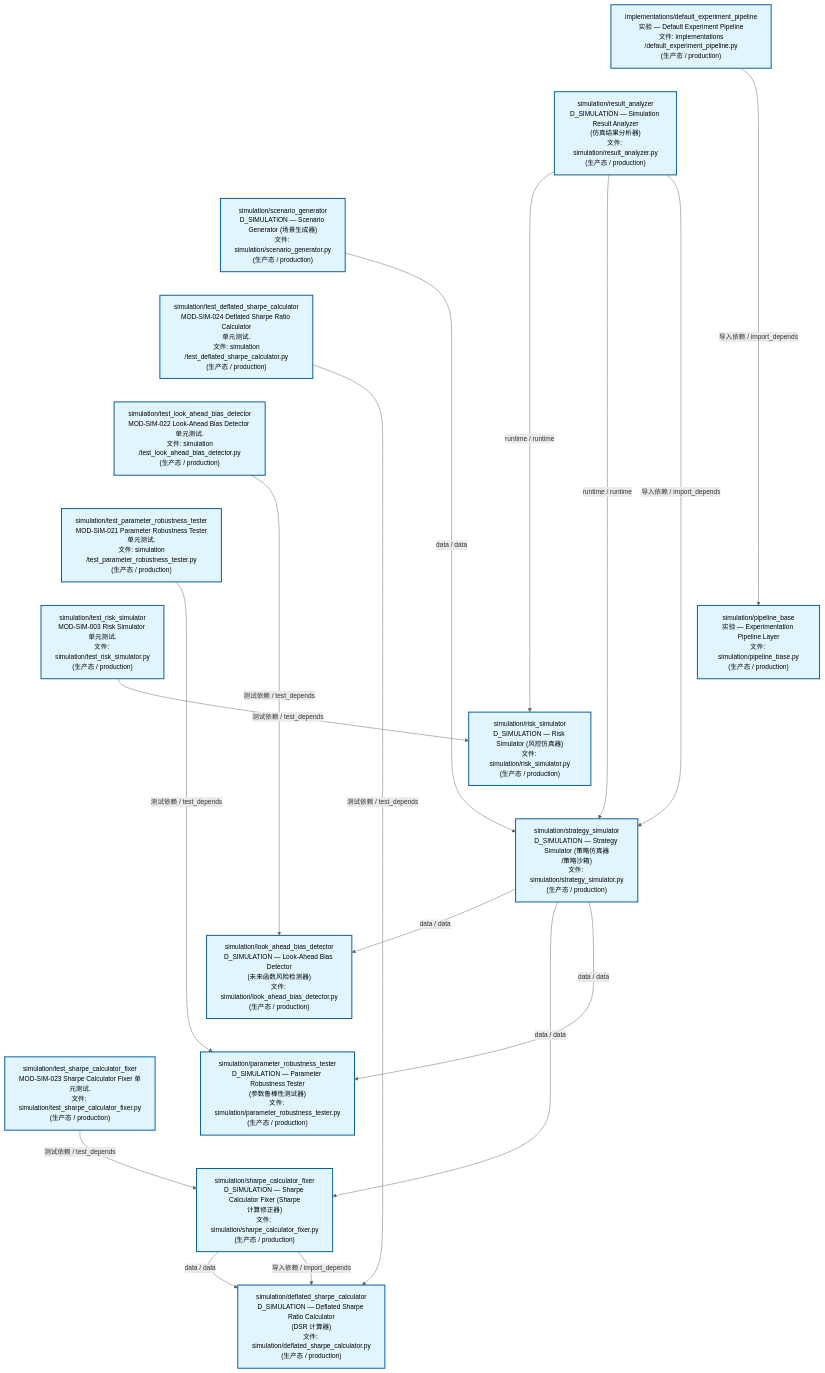
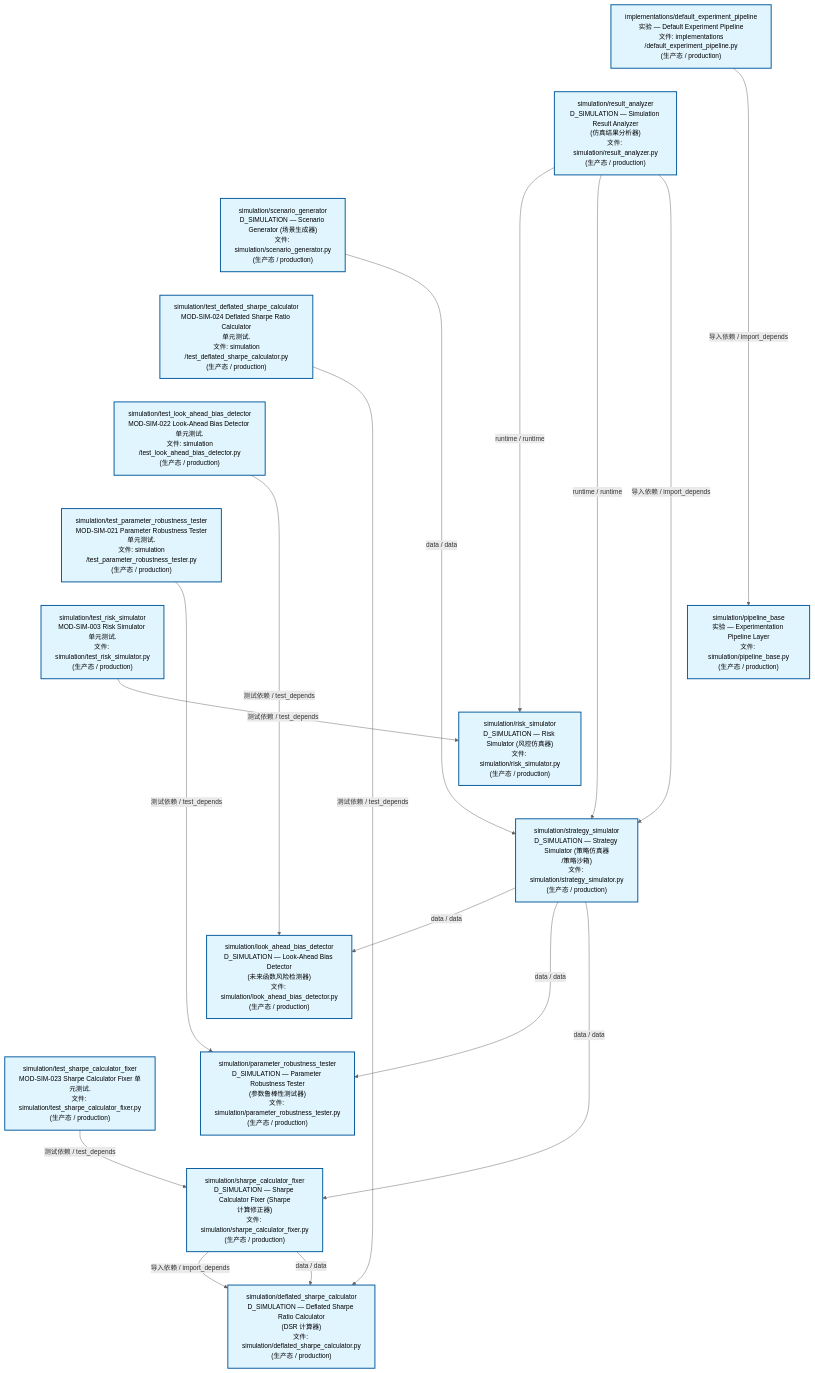
Before and after one commit to xuanFelixVan/ZephyrAlpha: the second of 3 diagrams in docs/02_enterprise_architecture/02_domain_architecture_docs/70_d_simulation.md, drawn with Mermaid. The commit also changed other lines of this file and 46 other files, not shown here.

````diff
--- a/docs/02_enterprise_architecture/02_domain_architecture_docs/70_d_simulation.md
+++ b/docs/02_enterprise_architecture/02_domain_architecture_docs/70_d_simulation.md
@@ -120,50 +120,50 @@
 ```mermaid
 %%{init: {'theme': 'base', 'themeVariables': {'primaryColor': '#eaeaea', 'primaryTextColor': '#333333', 'primaryBorderColor': '#666666', 'lineColor': '#666666', 'secondaryColor': '#eaeaea', 'tertiaryColor': '#eaeaea', 'fontSize': '14px'}}}%%
 flowchart TD
     src_zephyr_simulation_implementations_default_experiment_pipeline_py["implementations/default_experiment_pipeline<br/>实验 — Default Experiment Pipeline<br/>文件: implementations<br/>/default_experiment_pipeline.py<br/>(生产态 / production)"]
     src_zephyr_simulation_result_analyzer_py["simulation/result_analyzer<br/>D_SIMULATION — Simulation Result Analyzer<br/>(仿真结果分析器)<br/>文件: simulation/result_analyzer.py<br/>(生产态 / production)"]
     src_zephyr_simulation_scenario_generator_py["simulation/scenario_generator<br/>D_SIMULATION — Scenario Generator (场景生成器)<br/>文件: simulation/scenario_generator.py<br/>(生产态 / production)"]
     tests_simulation_test_deflated_sharpe_calculator_py["simulation/test_deflated_sharpe_calculator<br/>MOD-SIM-024 Deflated Sharpe Ratio Calculator<br/>单元测试.<br/>文件: simulation<br/>/test_deflated_sharpe_calculator.py<br/>(生产态 / production)"]
     tests_simulation_test_look_ahead_bias_detector_py["simulation/test_look_ahead_bias_detector<br/>MOD-SIM-022 Look-Ahead Bias Detector 单元测试.<br/>文件: simulation<br/>/test_look_ahead_bias_detector.py<br/>(生产态 / production)"]
     tests_simulation_test_parameter_robustness_tester_py["simulation/test_parameter_robustness_tester<br/>MOD-SIM-021 Parameter Robustness Tester<br/>单元测试.<br/>文件: simulation<br/>/test_parameter_robustness_tester.py<br/>(生产态 / production)"]
     tests_simulation_test_risk_simulator_py["simulation/test_risk_simulator<br/>MOD-SIM-003 Risk Simulator 单元测试.<br/>文件: simulation/test_risk_simulator.py<br/>(生产态 / production)"]
     tests_simulation_test_sharpe_calculator_fixer_py["simulation/test_sharpe_calculator_fixer<br/>MOD-SIM-023 Sharpe Calculator Fixer 单元测试.<br/>文件: simulation/test_sharpe_calculator_fixer.py<br/>(生产态 / production)"]
     src_zephyr_simulation_implementations_default_experiment_pipeline_py ~~~ src_zephyr_simulation_result_analyzer_py
     src_zephyr_simulation_result_analyzer_py ~~~ src_zephyr_simulation_scenario_generator_py
     src_zephyr_simulation_scenario_generator_py ~~~ tests_simulation_test_deflated_sharpe_calculator_py
     tests_simulation_test_deflated_sharpe_calculator_py ~~~ tests_simulation_test_look_ahead_bias_detector_py
     tests_simulation_test_look_ahead_bias_detector_py ~~~ tests_simulation_test_parameter_robustness_tester_py
     tests_simulation_test_parameter_robustness_tester_py ~~~ tests_simulation_test_risk_simulator_py
     tests_simulation_test_risk_simulator_py ~~~ tests_simulation_test_sharpe_calculator_fixer_py
     src_zephyr_simulation_pipeline_base_py["simulation/pipeline_base<br/>实验 — Experimentation Pipeline Layer<br/>文件: simulation/pipeline_base.py<br/>(生产态 / production)"]
     src_zephyr_simulation_risk_simulator_py["simulation/risk_simulator<br/>D_SIMULATION — Risk Simulator (风控仿真器)<br/>文件: simulation/risk_simulator.py<br/>(生产态 / production)"]
     src_zephyr_simulation_strategy_simulator_py["simulation/strategy_simulator<br/>D_SIMULATION — Strategy Simulator (策略仿真器<br/>/策略沙箱)<br/>文件: simulation/strategy_simulator.py<br/>(生产态 / production)"]
     src_zephyr_simulation_pipeline_base_py ~~~ src_zephyr_simulation_risk_simulator_py
     src_zephyr_simulation_risk_simulator_py ~~~ src_zephyr_simulation_strategy_simulator_py
     src_zephyr_simulation_look_ahead_bias_detector_py["simulation/look_ahead_bias_detector<br/>D_SIMULATION — Look-Ahead Bias Detector<br/>(未来函数风险检测器)<br/>文件: simulation/look_ahead_bias_detector.py<br/>(生产态 / production)"]
     src_zephyr_simulation_parameter_robustness_tester_py["simulation/parameter_robustness_tester<br/>D_SIMULATION — Parameter Robustness Tester<br/>(参数鲁棒性测试器)<br/>文件: simulation/parameter_robustness_tester.py<br/>(生产态 / production)"]
     src_zephyr_simulation_sharpe_calculator_fixer_py["simulation/sharpe_calculator_fixer<br/>D_SIMULATION — Sharpe Calculator Fixer (Sharpe<br/>计算修正器)<br/>文件: simulation/sharpe_calculator_fixer.py<br/>(生产态 / production)"]
     src_zephyr_simulation_look_ahead_bias_detector_py ~~~ src_zephyr_simulation_parameter_robustness_tester_py
     src_zephyr_simulation_parameter_robustness_tester_py ~~~ src_zephyr_simulation_sharpe_calculator_fixer_py
     src_zephyr_simulation_deflated_sharpe_calculator_py["simulation/deflated_sharpe_calculator<br/>D_SIMULATION — Deflated Sharpe Ratio Calculator<br/>(DSR 计算器)<br/>文件: simulation/deflated_sharpe_calculator.py<br/>(生产态 / production)"]
     src_zephyr_simulation_scenario_generator_py -->|data / data| src_zephyr_simulation_strategy_simulator_py
+    src_zephyr_simulation_sharpe_calculator_fixer_py -->|导入依赖 / import_depends| src_zephyr_simulation_deflated_sharpe_calculator_py
     src_zephyr_simulation_sharpe_calculator_fixer_py -->|data / data| src_zephyr_simulation_deflated_sharpe_calculator_py
-    src_zephyr_simulation_sharpe_calculator_fixer_py -->|导入依赖 / import_depends| src_zephyr_simulation_deflated_sharpe_calculator_py
     src_zephyr_simulation_result_analyzer_py -->|runtime / runtime| src_zephyr_simulation_risk_simulator_py
     src_zephyr_simulation_result_analyzer_py -->|runtime / runtime| src_zephyr_simulation_strategy_simulator_py
     src_zephyr_simulation_result_analyzer_py -->|导入依赖 / import_depends| src_zephyr_simulation_strategy_simulator_py
     src_zephyr_simulation_strategy_simulator_py -->|data / data| src_zephyr_simulation_look_ahead_bias_detector_py
+    src_zephyr_simulation_strategy_simulator_py -->|data / data| src_zephyr_simulation_parameter_robustness_tester_py
     src_zephyr_simulation_strategy_simulator_py -->|data / data| src_zephyr_simulation_sharpe_calculator_fixer_py
-    src_zephyr_simulation_strategy_simulator_py -->|data / data| src_zephyr_simulation_parameter_robustness_tester_py
     src_zephyr_simulation_implementations_default_experiment_pipeline_py -->|导入依赖 / import_depends| src_zephyr_simulation_pipeline_base_py
+    tests_simulation_test_parameter_robustness_tester_py -->|测试依赖 / test_depends| src_zephyr_simulation_parameter_robustness_tester_py
     tests_simulation_test_look_ahead_bias_detector_py -->|测试依赖 / test_depends| src_zephyr_simulation_look_ahead_bias_detector_py
-    tests_simulation_test_parameter_robustness_tester_py -->|测试依赖 / test_depends| src_zephyr_simulation_parameter_robustness_tester_py
     tests_simulation_test_deflated_sharpe_calculator_py -->|测试依赖 / test_depends| src_zephyr_simulation_deflated_sharpe_calculator_py
     tests_simulation_test_risk_simulator_py -->|测试依赖 / test_depends| src_zephyr_simulation_risk_simulator_py
     tests_simulation_test_sharpe_calculator_fixer_py -->|测试依赖 / test_depends| src_zephyr_simulation_sharpe_calculator_fixer_py
     classDef production fill:#e1f5fe,stroke:#01579b,stroke-width:2px,color:#000
     classDef design fill:#fff3e0,stroke:#e65100,stroke-width:2px,color:#000,stroke-dasharray: 5 5
     classDef external_prod fill:#e8f4fd,stroke:#0277bd,stroke-width:1px,color:#000
     classDef external_design fill:#fff8e7,stroke:#ef6c00,stroke-width:1px,color:#000,stroke-dasharray: 5 5
     class src_zephyr_simulation_deflated_sharpe_calculator_py,src_zephyr_simulation_implementations_default_experiment_pipeline_py,src_zephyr_simulation_look_ahead_bias_detector_py,src_zephyr_simulation_parameter_robustness_tester_py,src_zephyr_simulation_pipeline_base_py,src_zephyr_simulation_result_analyzer_py,src_zephyr_simulation_risk_simulator_py,src_zephyr_simulation_scenario_generator_py,src_zephyr_simulation_sharpe_calculator_fixer_py,src_zephyr_simulation_strategy_simulator_py,tests_simulation_test_deflated_sharpe_calculator_py,tests_simulation_test_look_ahead_bias_detector_py,tests_simulation_test_parameter_robustness_tester_py,tests_simulation_test_risk_simulator_py,tests_simulation_test_sharpe_calculator_fixer_py production
 ```
````
